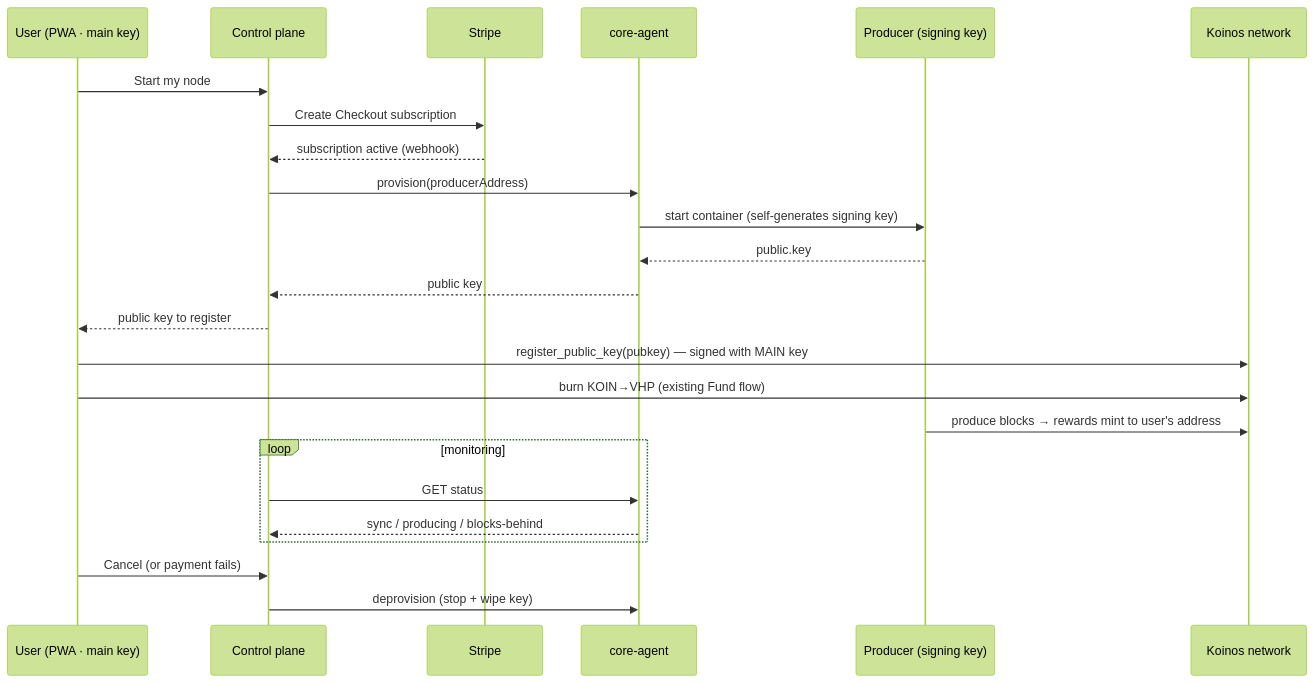
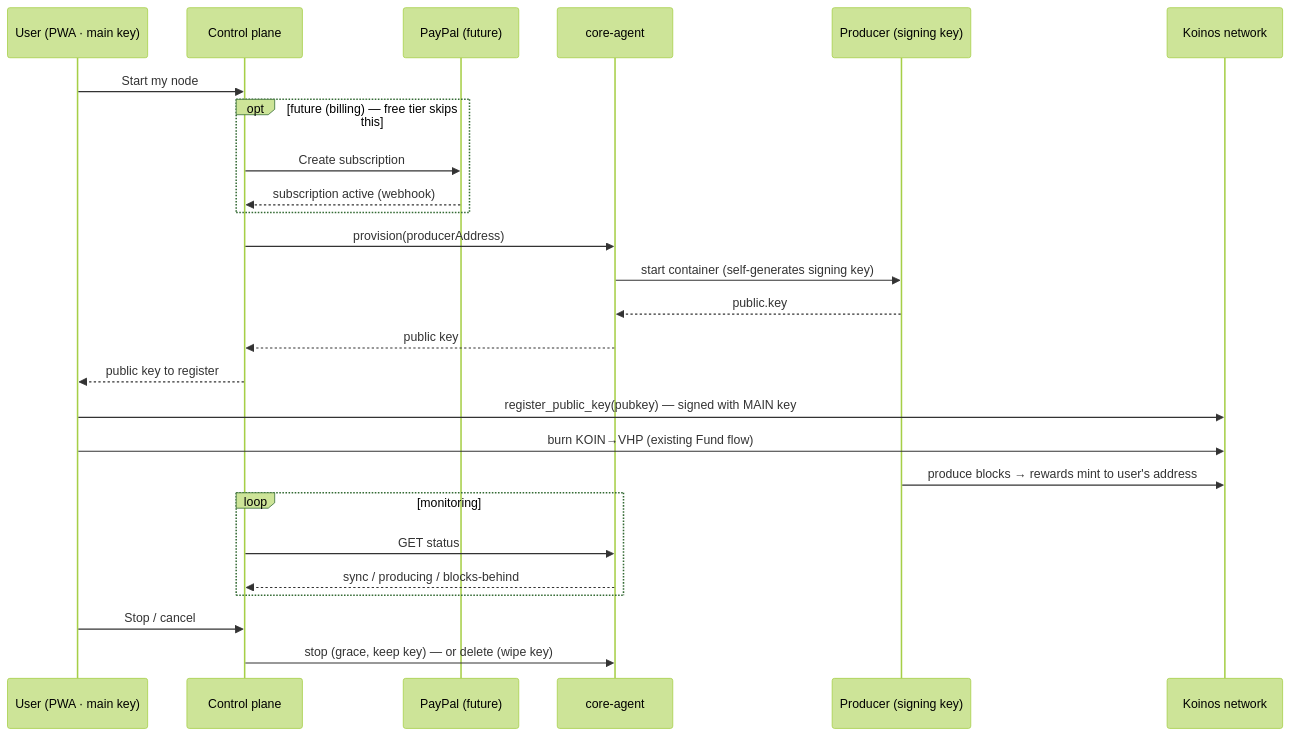
One commit to therexdev/Koinos-Node changed the second of 2 diagrams in docs/cloud-control-plane.md. Above: the diagram before and after it, drawn with Mermaid (forest theme). The commit also changed other lines of this file and 4 other files, not shown here.

````diff
--- a/docs/cloud-control-plane.md
+++ b/docs/cloud-control-plane.md
@@ -109,27 +118,29 @@
 ```mermaid
 sequenceDiagram
   participant U as User (PWA · main key)
   participant CP as Control plane
-  participant St as Stripe
+  participant Pay as PayPal (future)
   participant CA as core-agent
   participant Pr as Producer (signing key)
   participant KN as Koinos network
 
   U->>CP: Start my node
-  CP->>St: Create Checkout subscription
-  St-->>CP: subscription active (webhook)
+  opt future (billing) — free tier skips this
+    CP->>Pay: Create subscription
+    Pay-->>CP: subscription active (webhook)
+  end
   CP->>CA: provision(producerAddress)
   CA->>Pr: start container (self-generates signing key)
   Pr-->>CA: public.key
   CA-->>CP: public key
   CP-->>U: public key to register
   U->>KN: register_public_key(pubkey) — signed with MAIN key
   U->>KN: burn KOIN→VHP (existing Fund flow)
   Pr->>KN: produce blocks → rewards mint to user's address
   loop monitoring
     CP->>CA: GET status
     CA-->>CP: sync / producing / blocks-behind
   end
-  U->>CP: Cancel (or payment fails)
-  CP->>CA: deprovision (stop + wipe key)
+  U->>CP: Stop / cancel
+  CP->>CA: stop (grace, keep key) — or delete (wipe key)
 ```
````
